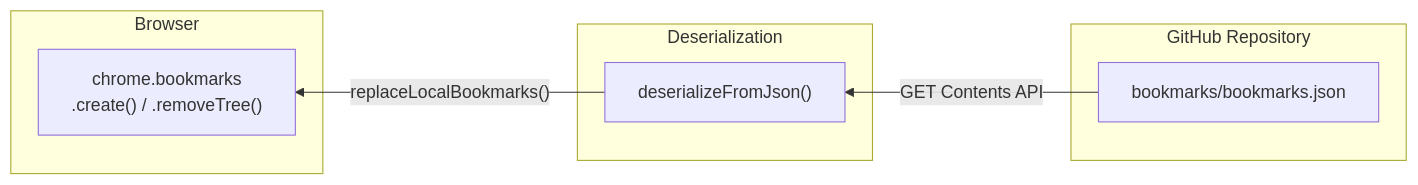
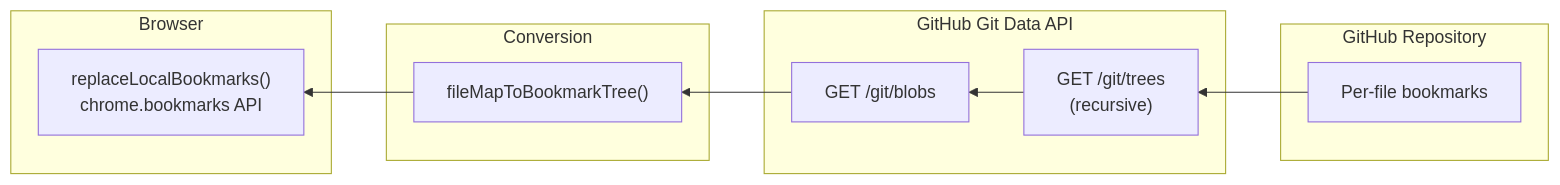
Before and after one commit to d0dg3r/BookHub: the second of 2 diagrams in docs/DATA-FLOW.md, drawn with Mermaid. The commit also changed other lines of this file and 18 other files, not shown here.

First line of the commit message:
feat: v2.0.0 — per-file bookmark storage, three-way merge, automation

````diff
--- a/docs/DATA-FLOW.md
+++ b/docs/DATA-FLOW.md
@@ -37,17 +43,24 @@
 ```mermaid
 flowchart RL
-    subgraph GitHub["GitHub Repository"]
-        GJ["bookmarks/bookmarks.json"]
+    subgraph Repo["GitHub Repository"]
+        Files["Per-file bookmarks"]
     end
 
-    subgraph Deserialization
-        DS["deserializeFromJson()"]
+    subgraph GitDataAPI["GitHub Git Data API"]
+        TreeGet["GET /git/trees\n(recursive)"]
+        BlobGet["GET /git/blobs"]
+    end
+
+    subgraph Conversion
+        FMT["fileMapToBookmarkTree()"]
     end
 
     subgraph Browser
-        BM["chrome.bookmarks\n.create() / .removeTree()"]
+        BM["replaceLocalBookmarks()\nchrome.bookmarks API"]
     end
 
-    GJ -->|"GET Contents API"| DS
-    DS -->|"replaceLocalBookmarks()"| BM
+    Files --> TreeGet
+    TreeGet --> BlobGet
+    BlobGet --> FMT
+    FMT --> BM
 ```
````
